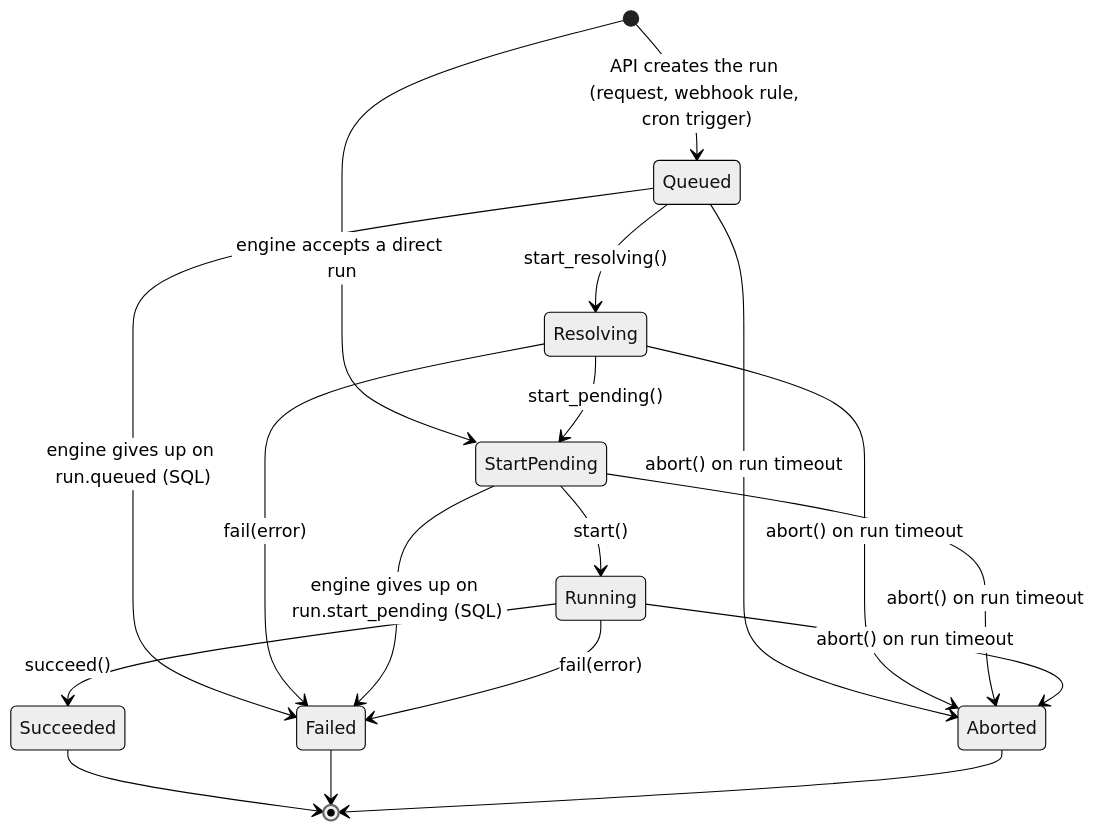
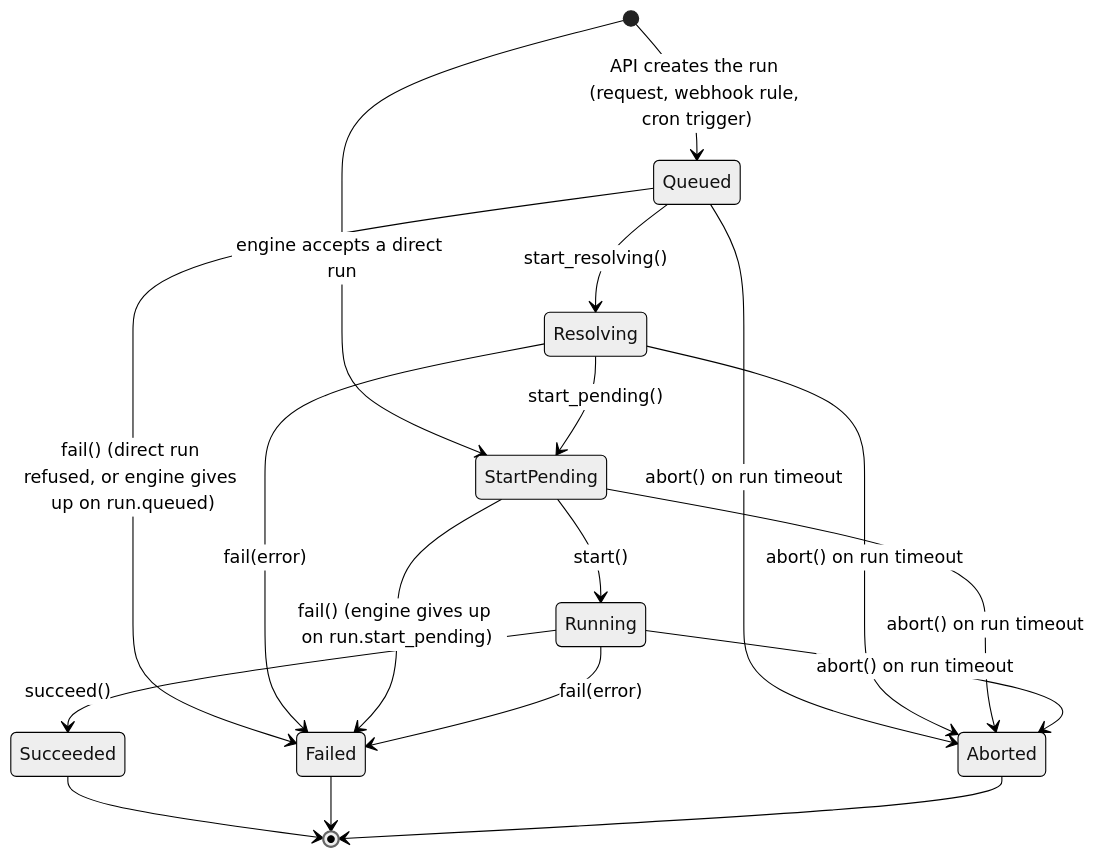
One commit to paninfracon/stormchaser changed the diagram in docs/workflow_machine.mmd. Above: the diagram before and after it, drawn with Mermaid (neutral theme). The commit also changed 56 other files, not shown here.

```diff
--- a/docs/workflow_machine.mmd
+++ b/docs/workflow_machine.mmd
@@ -1,23 +1,23 @@
 stateDiagram-v2
     [*] --> Queued: API creates the run (request, webhook rule, cron trigger)
     [*] --> StartPending: engine accepts a direct run
 
     Queued --> Resolving: start_resolving()
-    Queued --> Failed: engine gives up on run.queued (SQL)
+    Queued --> Failed: fail() (direct run refused, or engine gives up on run.queued)
     Queued --> Aborted: abort() on run timeout
 
     Resolving --> StartPending: start_pending()
     Resolving --> Failed: fail(error)
     Resolving --> Aborted: abort() on run timeout
 
     StartPending --> Running: start()
-    StartPending --> Failed: engine gives up on run.start_pending (SQL)
+    StartPending --> Failed: fail() (engine gives up on run.start_pending)
     StartPending --> Aborted: abort() on run timeout
 
     Running --> Succeeded: succeed()
     Running --> Failed: fail(error)
     Running --> Aborted: abort() on run timeout
 
     Succeeded --> [*]
     Failed --> [*]
     Aborted --> [*]
```
